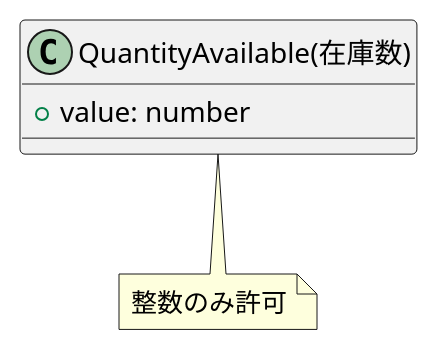
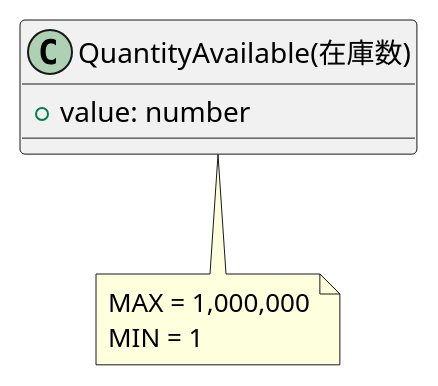
One commit to yamachan0625/ddd-hands-on changed the diagram in Domain/models/Book/Stock/QuantityAvailable/QuantityAvailable.pu. Above: the diagram before and after it, drawn with PlantUML.

Commit message:
QuantityAvailable 修正

```diff
--- a/Domain/models/Book/Stock/QuantityAvailable/QuantityAvailable.pu
+++ b/Domain/models/Book/Stock/QuantityAvailable/QuantityAvailable.pu
@@ -1,11 +1,12 @@
 @startuml QuantityAvailable
 
 class "QuantityAvailable(在庫数)" as QuantityAvailable {
     + value: number
 }
 
 note bottom of QuantityAvailable
-    整数のみ許可
+    MAX = 1,000,000
+    MIN = 1
 end note 
 
 @enduml
```
